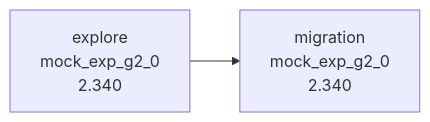
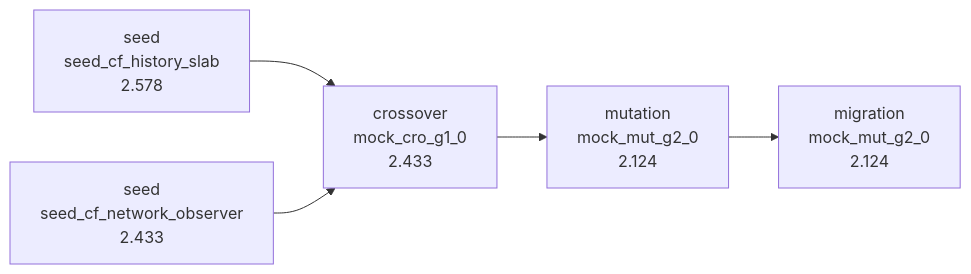
The diagram in outputs/discovery/selftest/REPORT.md (srivathsanb14/working-code), drawn with Mermaid before and after one commit. The commit also changed other lines of this file and 91 other files, not shown here.

````diff
--- a/outputs/discovery/selftest/REPORT.md
+++ b/outputs/discovery/selftest/REPORT.md
@@ -97,6 +102,12 @@
 ```mermaid
 graph LR
-  g002_i0_0023["migration<br/>mock_exp_g2_0<br/>2.340"]
-  g002_i1_0022["explore<br/>mock_exp_g2_0<br/>2.340"]
-  g002_i1_0022 --> g002_i0_0023
+  g002_i0_0017["mutation<br/>mock_mut_g2_0<br/>2.124"]
+  g001_i0_0008["crossover<br/>mock_cro_g1_0<br/>2.433"]
+  g000_i0_0002["seed<br/>seed_cf_network_observer<br/>2.433"]
+  g000_i0_0000["seed<br/>seed_cf_history_slab<br/>2.578"]
+  g002_i1_0025["migration<br/>mock_mut_g2_0<br/>2.124"]
+  g000_i0_0000 --> g001_i0_0008
+  g000_i0_0002 --> g001_i0_0008
+  g001_i0_0008 --> g002_i0_0017
+  g002_i0_0017 --> g002_i1_0025
 ```
````
